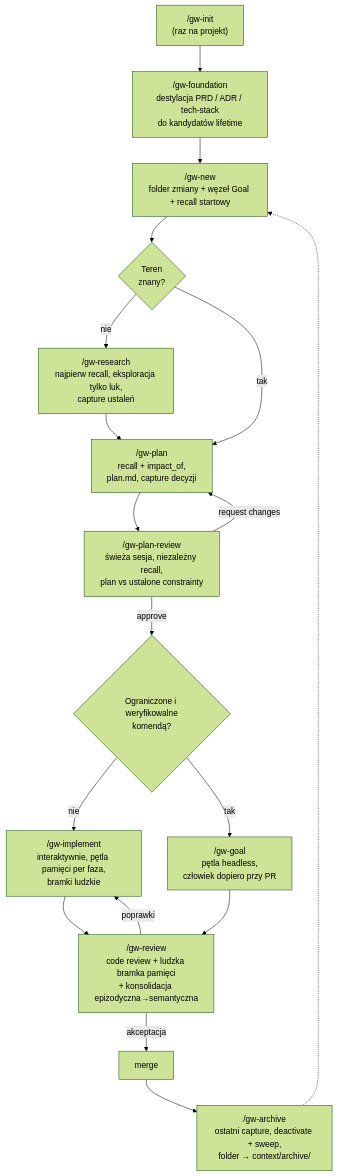
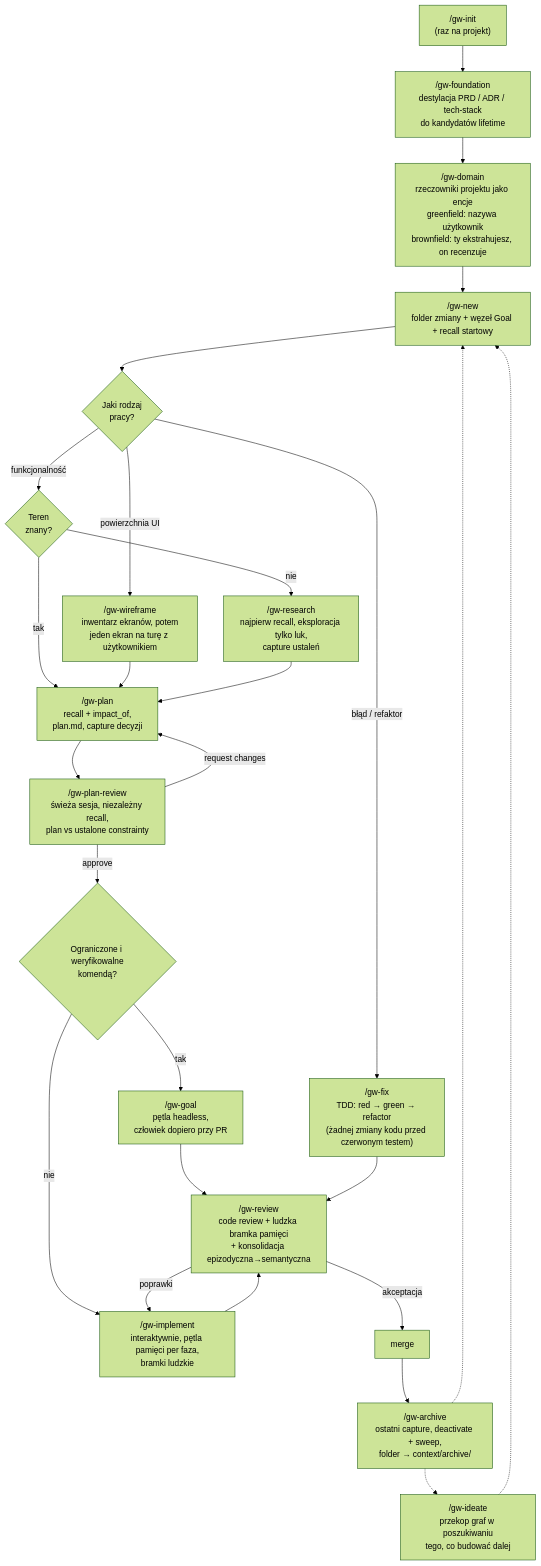
Before and after one commit to mt3o-dev/graph-workflow: the first of 5 diagrams in docs/USAGE.pl.md, drawn with Mermaid (forest theme). The commit also changed other lines of this file and 2 other files, not shown here.

````diff
--- a/docs/USAGE.pl.md
+++ b/docs/USAGE.pl.md
@@ -22,20 +22,28 @@
 ```mermaid
 flowchart TD
     INIT["/gw-init<br/>(raz na projekt)"] --> FOUND["/gw-foundation<br/>destylacja PRD / ADR / tech-stack<br/>do kandydatów lifetime"]
-    FOUND --> NEW["/gw-new<br/>folder zmiany + węzeł Goal + recall startowy"]
-    NEW --> Q{Teren<br/>znany?}
+    FOUND --> DOM["/gw-domain<br/>rzeczowniki projektu jako encje<br/>greenfield: nazywa użytkownik<br/>brownfield: ty ekstrahujesz, on recenzuje"]
+    DOM --> NEW["/gw-new<br/>folder zmiany + węzeł Goal + recall startowy"]
+    NEW --> KIND{Jaki rodzaj<br/>pracy?}
+    KIND -- "błąd / refaktor" --> FIX["/gw-fix<br/>TDD: red → green → refactor<br/>(żadnej zmiany kodu przed czerwonym testem)"]
+    KIND -- "powierzchnia UI" --> WIRE["/gw-wireframe<br/>inwentarz ekranów, potem<br/>jeden ekran na turę z użytkownikiem"]
+    KIND -- "funkcjonalność" --> Q{Teren<br/>znany?}
     Q -- "nie" --> RES["/gw-research<br/>najpierw recall, eksploracja tylko luk,<br/>capture ustaleń"]
     Q -- "tak" --> PLAN
+    WIRE --> PLAN
     RES --> PLAN["/gw-plan<br/>recall + impact_of,<br/>plan.md, capture decyzji"]
     PLAN --> PLANREV["/gw-plan-review<br/>świeża sesja, niezależny recall,<br/>plan vs ustalone constrainty"]
     PLANREV -- "request changes" --> PLAN
     PLANREV -- "approve" --> MODE{Ograniczone i weryfikowalne<br/>komendą?}
     MODE -- "nie" --> IMPL["/gw-implement<br/>interaktywnie, pętla pamięci per faza,<br/>bramki ludzkie"]
     MODE -- "tak" --> GOAL["/gw-goal<br/>pętla headless,<br/>człowiek dopiero przy PR"]
     IMPL --> REV["/gw-review<br/>code review + ludzka bramka pamięci<br/>+ konsolidacja epizodyczna→semantyczna"]
     GOAL --> REV
+    FIX --> REV
     REV -- "poprawki" --> IMPL
     REV -- "akceptacja" --> MERGE["merge"]
     MERGE --> ARCH["/gw-archive<br/>ostatni capture, deactivate + sweep,<br/>folder → context/archive/"]
     ARCH -.-> NEW
+    ARCH -.-> IDEA["/gw-ideate<br/>przekop graf w poszukiwaniu<br/>tego, co budować dalej"]
+    IDEA -.-> NEW
 ```
````
